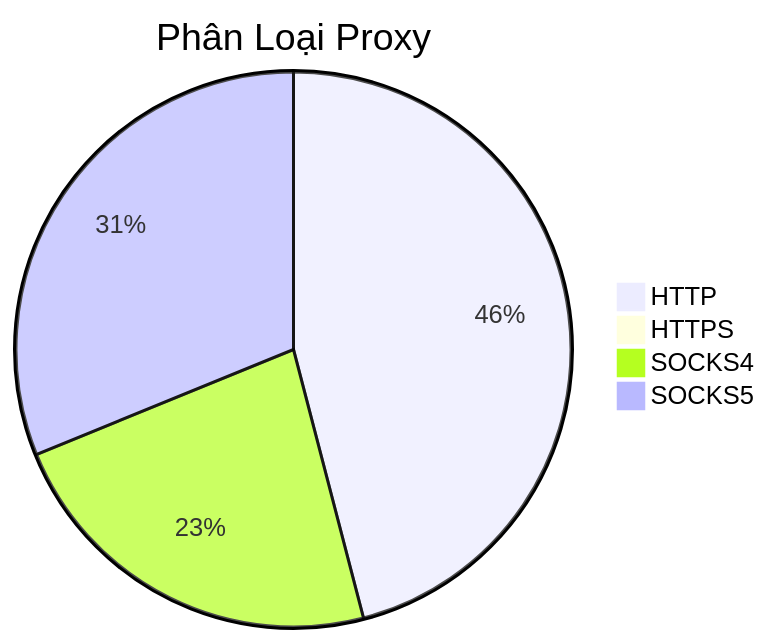
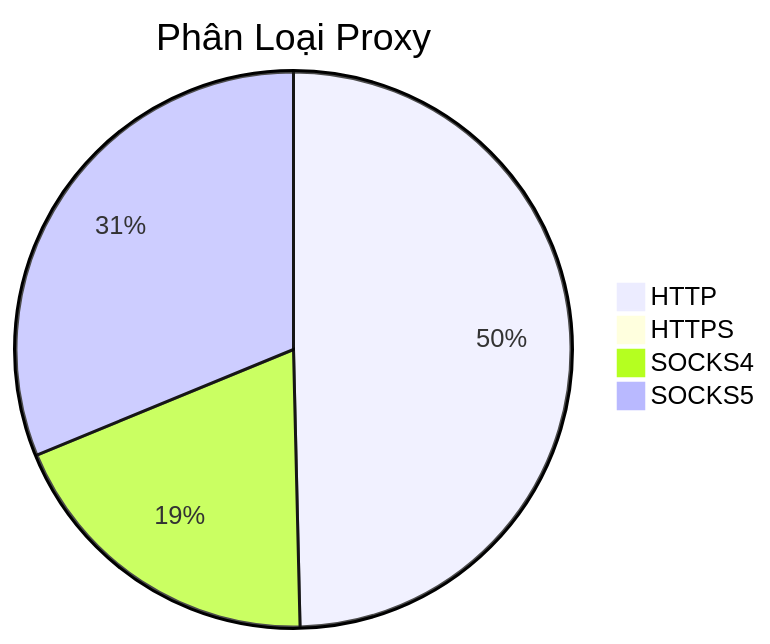
One commit to Ciara-12/PROXY-free changed the diagram in README.md. Above: the diagram before and after it, drawn with Mermaid. The commit also changed other lines of this file and 4 other files, not shown here.

````diff
--- a/README.md
+++ b/README.md
@@ -26,7 +26,7 @@
 ```mermaid
 pie title Phân Loại Proxy
-    "HTTP" : 532
-    "HTTPS" : 2
-    "SOCKS4" : 265
-    "SOCKS5" : 361
+    "HTTP" : 725
+    "HTTPS" : 0
+    "SOCKS4" : 280
+    "SOCKS5" : 456
 ```
````
